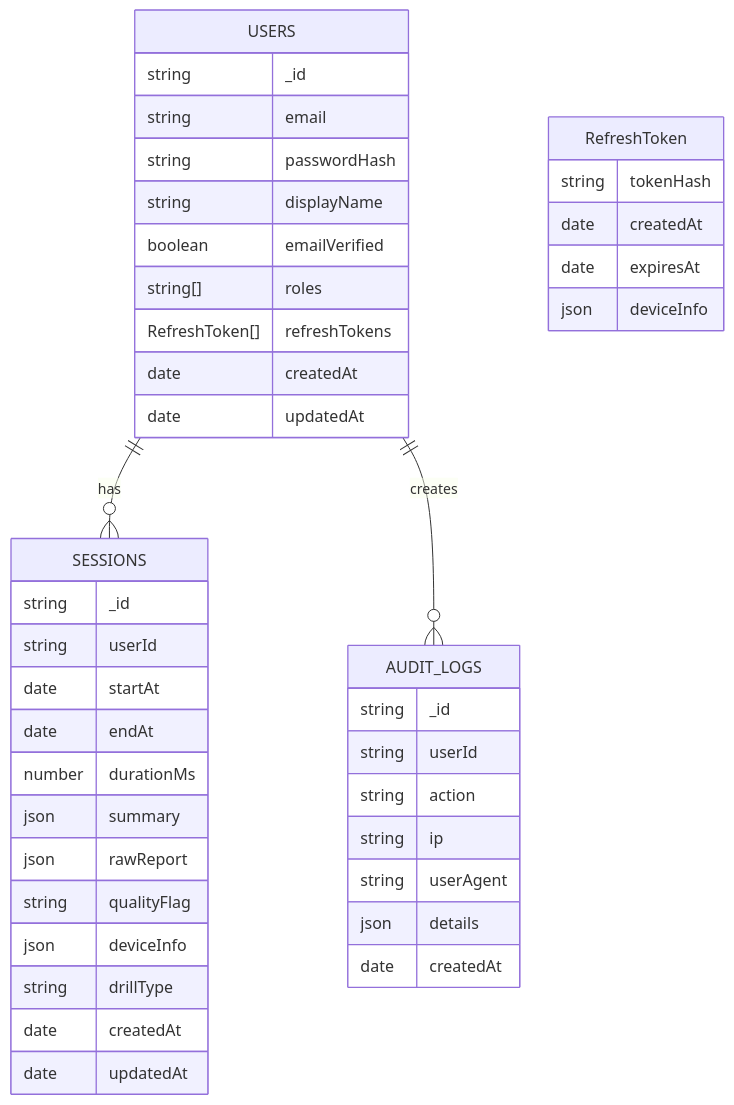
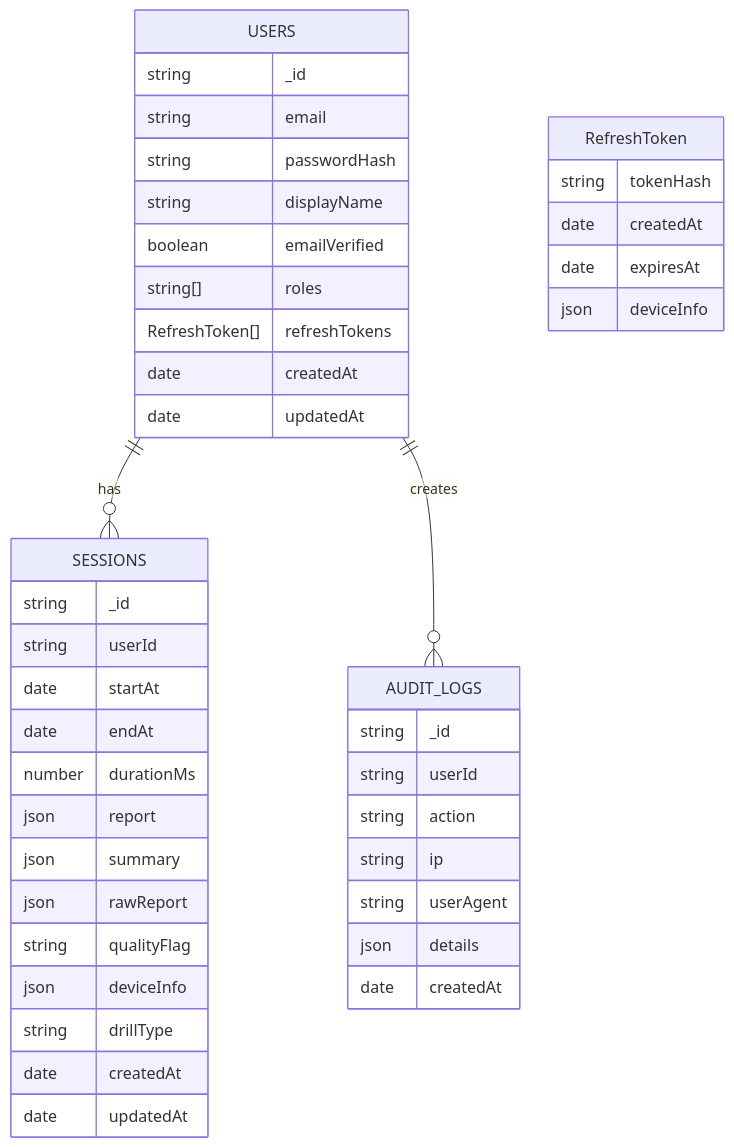
Before and after one commit to Sagar8169/improved-journey-mediaPose: the fourth of 4 diagrams in archetiture.md, drawn with Mermaid. The commit also changed other lines of this file and 11 other files, not shown here.

Commit message:
refactor: Update documentation and implementation for v2 metrics schema with aggregated-only storage

````diff
--- a/archetiture.md
+++ b/archetiture.md
@@ -199,45 +228,46 @@
 ```mermaid
 erDiagram
   USERS ||--o{ SESSIONS : has
   USERS ||--o{ AUDIT_LOGS : "creates"
   USERS {
     string _id
     string email
     string passwordHash
     string displayName
     boolean emailVerified
     string[] roles
     RefreshToken[] refreshTokens
     date createdAt
     date updatedAt
   }
   RefreshToken {
     string tokenHash
     date createdAt
     date expiresAt
     json deviceInfo
   }
   SESSIONS {
     string _id
     string userId
     date startAt
     date endAt
     number durationMs
+    json report
     json summary
     json rawReport
     string qualityFlag
     json deviceInfo
     string drillType
     date createdAt
     date updatedAt
   }
   AUDIT_LOGS {
     string _id
     string userId
     string action
     string ip
     string userAgent
     json details
     date createdAt
   }
 ```
````
